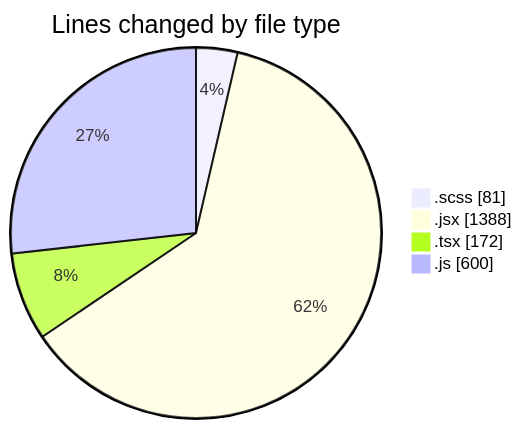
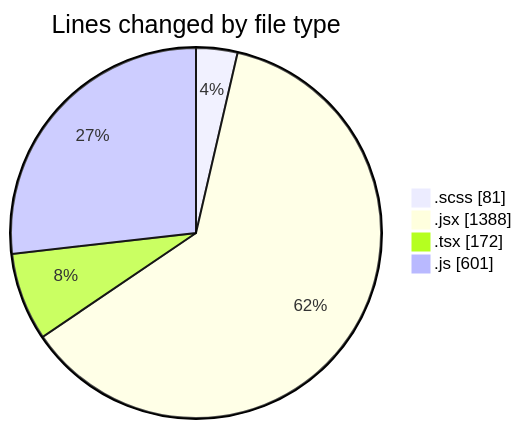
Before and after one commit to momahboobian/code-tracking: the first of 2 diagrams in 2025-06-03/cda/README.md, drawn with Mermaid. The commit also changed other lines of this file and 1 other file, not shown here.

````diff
--- a/2025-06-03/cda/README.md
+++ b/2025-06-03/cda/README.md
@@ -25,8 +25,8 @@
 ```mermaid
 pie showData
 title Lines changed by file type
 ".scss" : 81
 ".jsx" : 1388
 ".tsx" : 172
-".js" : 600
+".js" : 601
 ```
````
